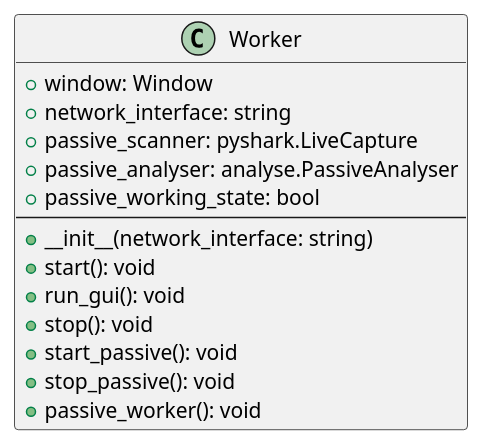
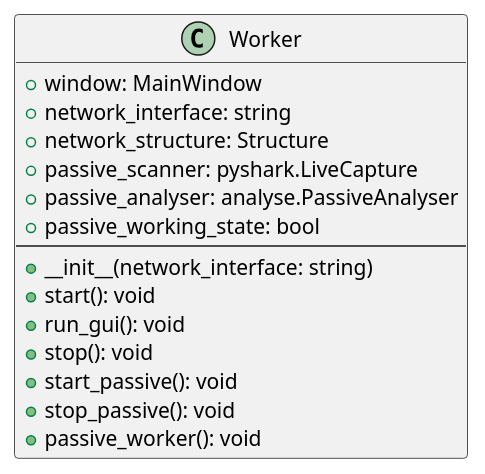
One commit to NSAandYou/Netzwerkscanner changed the diagram in Worker.puml. Above: the diagram before and after it, drawn with PlantUML. The commit also changed 7 other files, not shown here.

Commit message:
1.2 Added Network Structure class Added Window for Network Structure

```diff
--- a/Worker.puml
+++ b/Worker.puml
@@ -1,17 +1,18 @@
 @startuml
 class Worker {
-    + window: Window
+    + window: MainWindow
     + network_interface: string
+    + network_structure: Structure
     + passive_scanner: pyshark.LiveCapture
     + passive_analyser: analyse.PassiveAnalyser
     + passive_working_state: bool
 --
     + __init__(network_interface: string)
     + start(): void
     + run_gui(): void
     + stop(): void
     + start_passive(): void
     + stop_passive(): void
     + passive_worker(): void
 }
 @enduml
```
